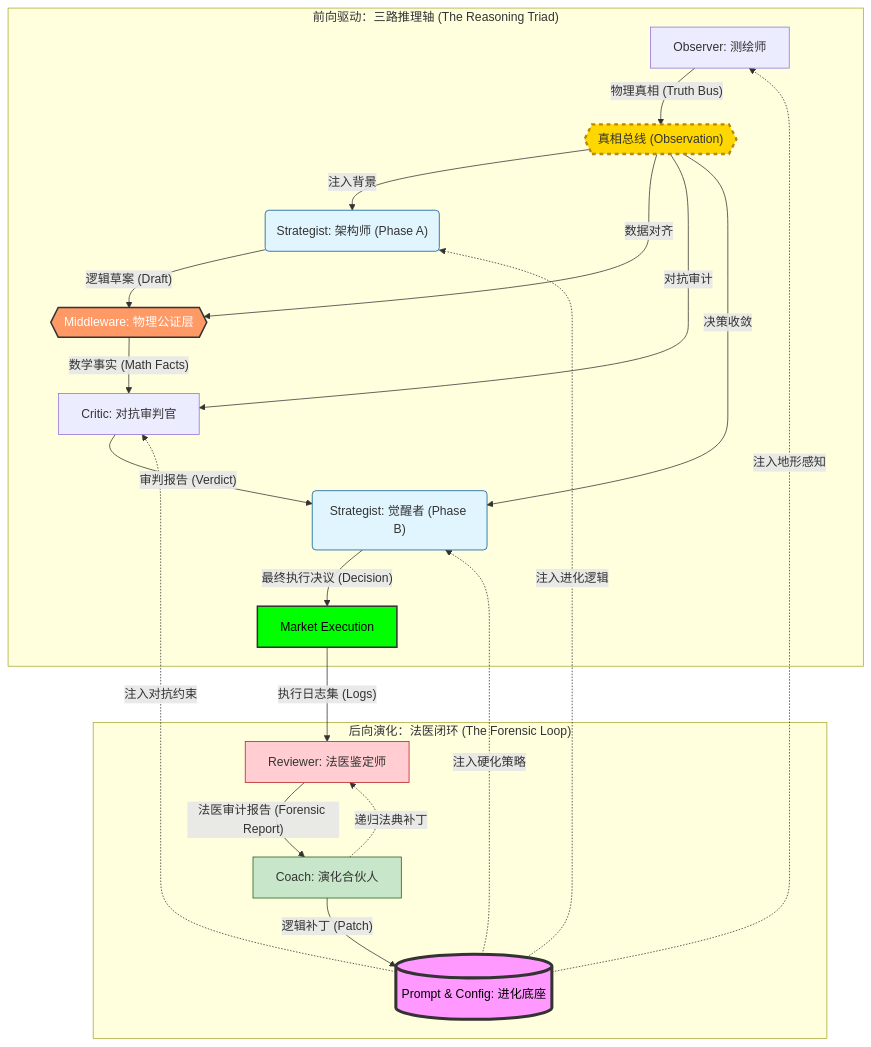
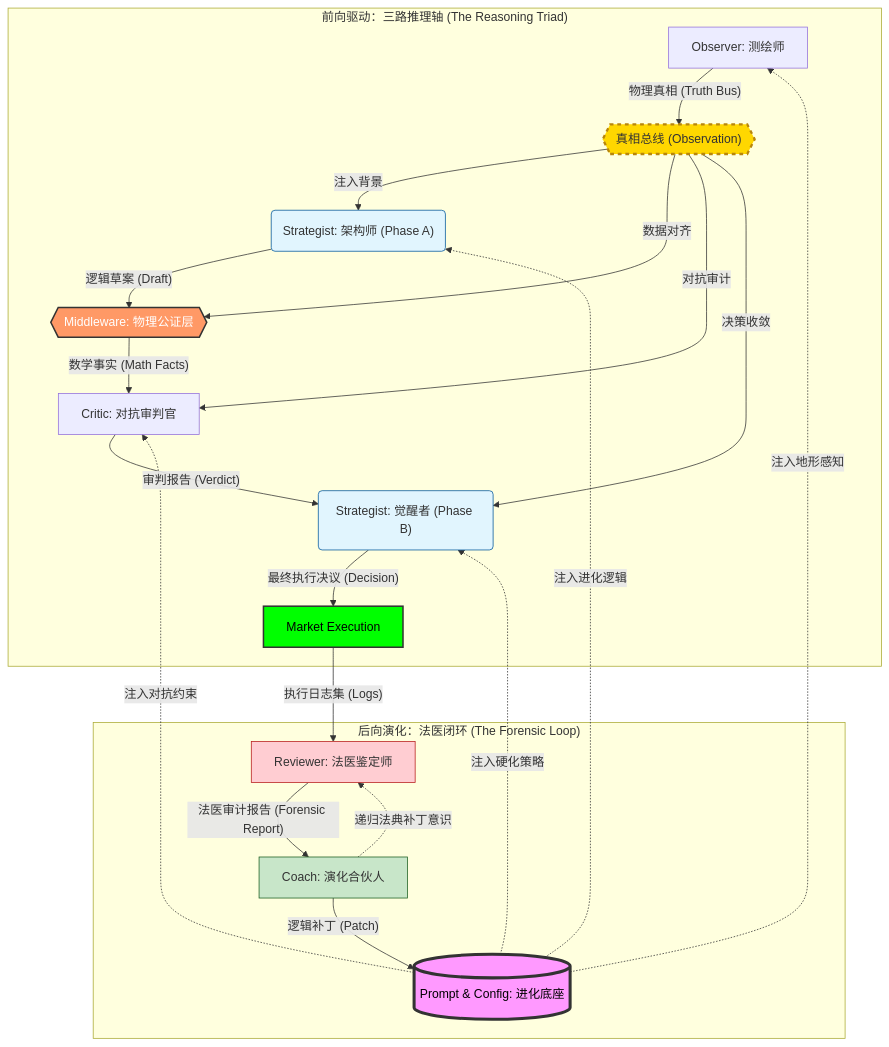
Before and after one commit to jiangyang5157/binary-star: the diagram in README.md, drawn with Mermaid. The commit also changed other lines of this file, not shown here.

````diff
--- a/README.md
+++ b/README.md
@@ -13,40 +13,40 @@
 ```mermaid
 graph TD
     %% 前向驱动：三路推理轴 (The Reasoning Triad)
     subgraph "前向驱动：三路推理轴 (The Reasoning Triad)"
         A["Observer: 测绘师"] -- "物理真相 (Truth Bus)" --> TB{{"真相总线 (Observation)"}}
         
         TB -- "注入背景" --> B1("Strategist: 架构师 (Phase A)")
         B1 -- "逻辑草案 (Draft)" --> C{{"Middleware: 物理公证层"}}
         TB -- "数据对齐" --> C
         C -- "数学事实 (Math Facts)" --> D["Critic: 对抗审判官"]
         TB -- "对抗审计" --> D
         D -- "审判报告 (Verdict)" --> B2("Strategist: 觉醒者 (Phase B)")
         TB -- "决策收敛" --> B2
         B2 -- "最终执行决议 (Decision)" --> F["Market Execution"]
     end
 
     %% 后向法医演化回路 (Recursive Loop)
     subgraph "后向演化：法医闭环 (The Forensic Loop)"
         F -->|"执行日志集 (Logs)"| G["Reviewer: 法医鉴定师"]
         G -->|"法医审计报告 (Forensic Report)"| H["Coach: 演化合伙人"]
         H -->|"逻辑补丁 (Patch)"| I[("Prompt & Config: 进化底座")]
-        H -.->|"递归法典补丁"| G
+        H -.->|"递归法典补丁意识"| G
     end
 
     %% 关键进化路径映射：修复逻辑断裂
     I -.->|"注入地形感知"| A
     I -.->|"注入进化逻辑"| B1
     I -.->|"注入对抗约束"| D
     I -.->|"注入硬化策略"| B2
 
     %% 节点样式美化 (法务级配色)
     style C fill:#f96,stroke:#333,stroke-width:2px,color:#fff
     style TB fill:#ffd700,stroke:#b8860b,stroke-width:3px,stroke-dasharray: 5 5
     style F fill:#00ff00,stroke:#333,stroke-width:2px,color:#000
     style I fill:#f9f,stroke:#333,stroke-width:4px,color:#000
     style B1 fill:#e1f5fe,stroke:#01579b
     style B2 fill:#e1f5fe,stroke:#01579b
     style G fill:#ffcdd2,stroke:#b71c1c
     style H fill:#c8e6c9,stroke:#1b5e20
 ```
````
